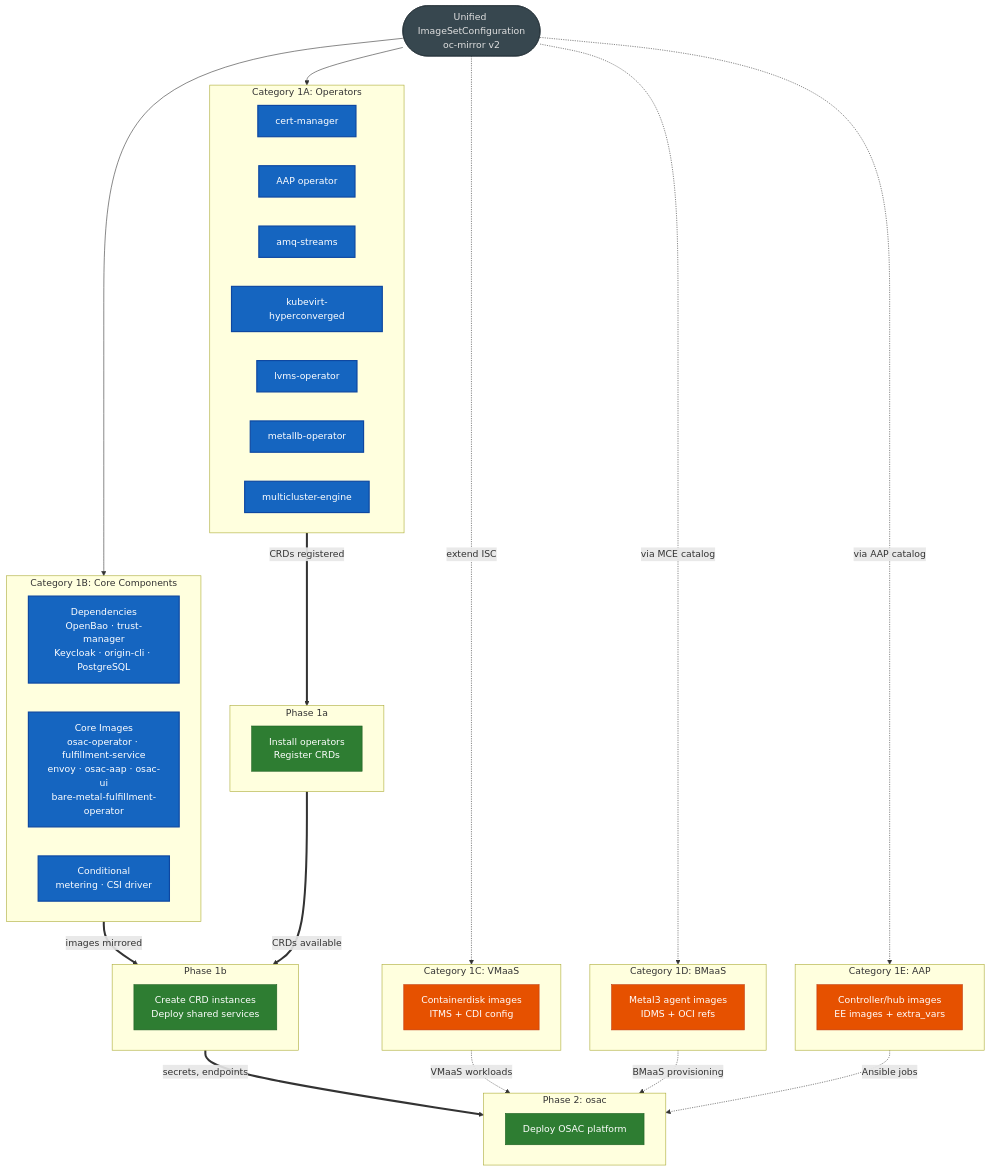
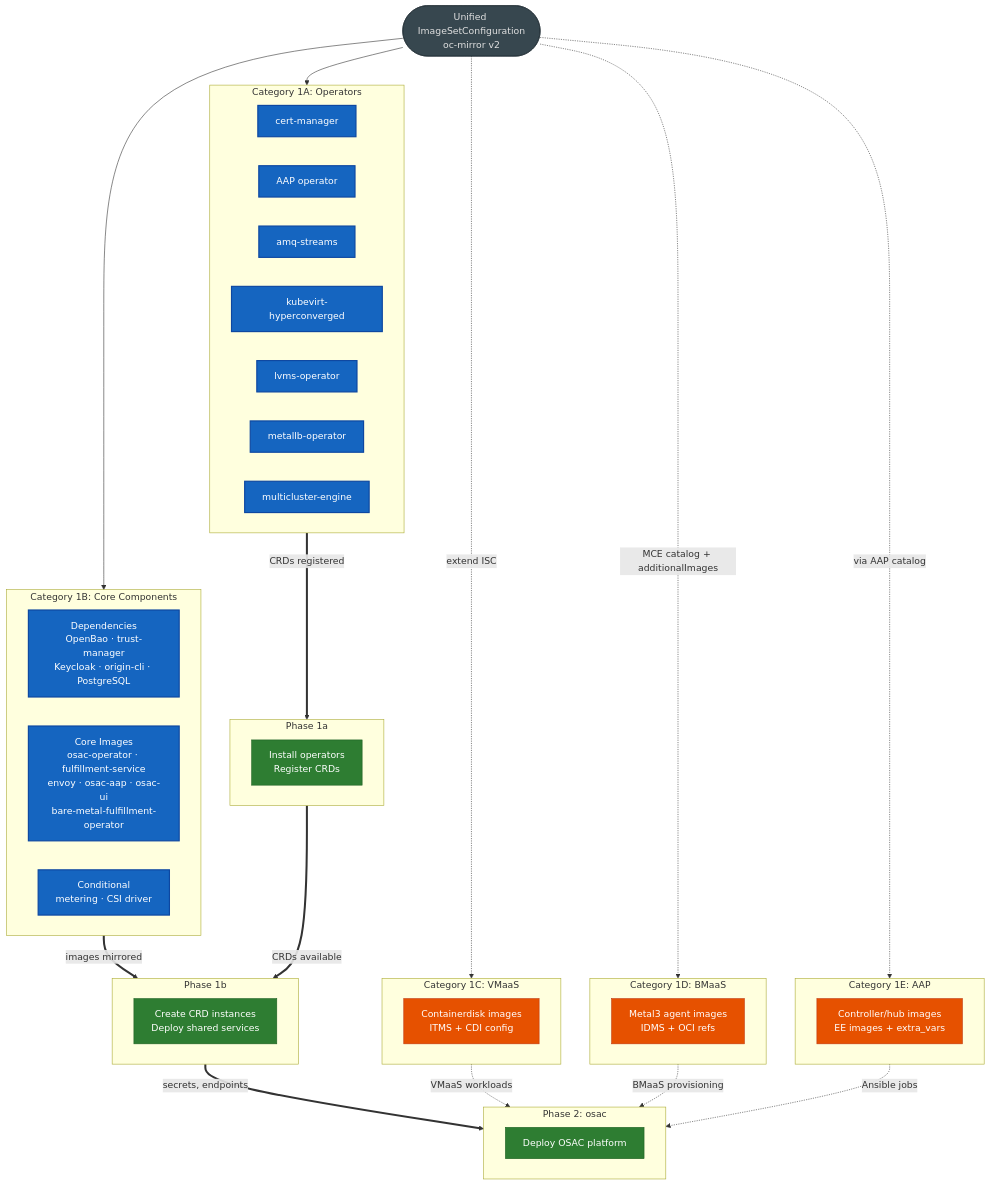
One commit to osac-project/osac changed the diagram in osac-installer/docs/disconnected/README.md. Above: the diagram before and after it, drawn with Mermaid. The commit also changed other lines of this file and 4 other files, not shown here.

````diff
--- a/osac-installer/docs/disconnected/README.md
+++ b/osac-installer/docs/disconnected/README.md
@@ -92,67 +92,67 @@
 ```mermaid
 flowchart TD
     classDef catStyle fill:#1565c0,color:#fff,stroke:#0d47a1,stroke-width:2px
     classDef phaseStyle fill:#2e7d32,color:#fff,stroke:#1b5e20
     classDef svcStyle fill:#e65100,color:#fff,stroke:#bf360c
     classDef toolStyle fill:#37474f,color:#e0e0e0,stroke:#263238
 
     ISC(["Unified ImageSetConfiguration<br/>oc-mirror v2"]):::toolStyle
 
     ISC --> CAT_1A
     ISC --> CAT_1B
 
     subgraph CAT_1A["Category 1A: Operators"]
         OP1["cert-manager"]:::catStyle
         OP2["AAP operator"]:::catStyle
         OP3["amq-streams"]:::catStyle
         OP4["kubevirt-hyperconverged"]:::catStyle
         OP5["lvms-operator"]:::catStyle
         OP6["metallb-operator"]:::catStyle
         OP7["multicluster-engine"]:::catStyle
     end
 
     subgraph CAT_1B["Category 1B: Core Components"]
         DEP["Dependencies<br/>OpenBao · trust-manager<br/>Keycloak · origin-cli · PostgreSQL"]:::catStyle
         CORE["Core Images<br/>osac-operator · fulfillment-service<br/>envoy · osac-aap · osac-ui<br/>bare-metal-fulfillment-operator"]:::catStyle
         COND["Conditional<br/>metering · CSI driver"]:::catStyle
     end
 
     CAT_1A ==>|"CRDs registered"| PHASE_1A
     CAT_1B ==>|"images mirrored"| PHASE_1B
 
     subgraph PHASE_1A["Phase 1a"]
         P1A["Install operators<br/>Register CRDs"]:::phaseStyle
     end
 
     PHASE_1A ==>|"CRDs available"| PHASE_1B
 
     subgraph PHASE_1B["Phase 1b"]
         P1B["Create CRD instances<br/>Deploy shared services"]:::phaseStyle
     end
 
     PHASE_1B ==>|"secrets, endpoints"| PHASE_2
 
     subgraph PHASE_2["Phase 2: osac"]
         P2["Deploy OSAC platform"]:::phaseStyle
     end
 
     ISC -.->|"extend ISC"| CAT_1C
-    ISC -.->|"via MCE catalog"| CAT_1D
+    ISC -.->|"MCE catalog + additionalImages"| CAT_1D
     ISC -.->|"via AAP catalog"| CAT_1E
 
     subgraph CAT_1C["Category 1C: VMaaS"]
         VM["Containerdisk images<br/>ITMS + CDI config"]:::svcStyle
     end
 
     subgraph CAT_1D["Category 1D: BMaaS"]
         BM["Metal3 agent images<br/>IDMS + OCI refs"]:::svcStyle
     end
 
     subgraph CAT_1E["Category 1E: AAP"]
         AAP["Controller/hub images<br/>EE images + extra_vars"]:::svcStyle
     end
 
     CAT_1C -.->|"VMaaS workloads"| PHASE_2
     CAT_1D -.->|"BMaaS provisioning"| PHASE_2
     CAT_1E -.->|"Ansible jobs"| PHASE_2
 ```
````
